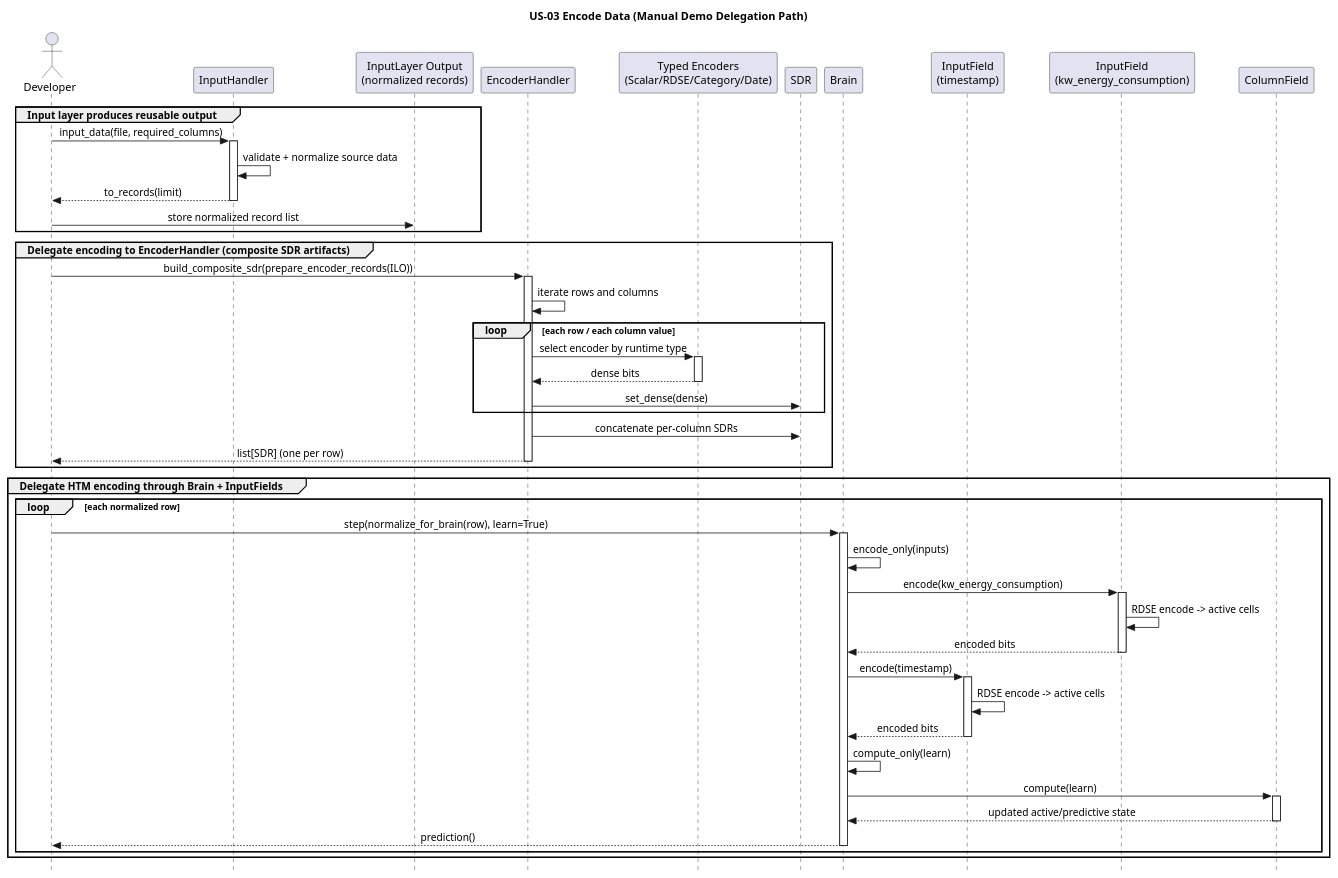
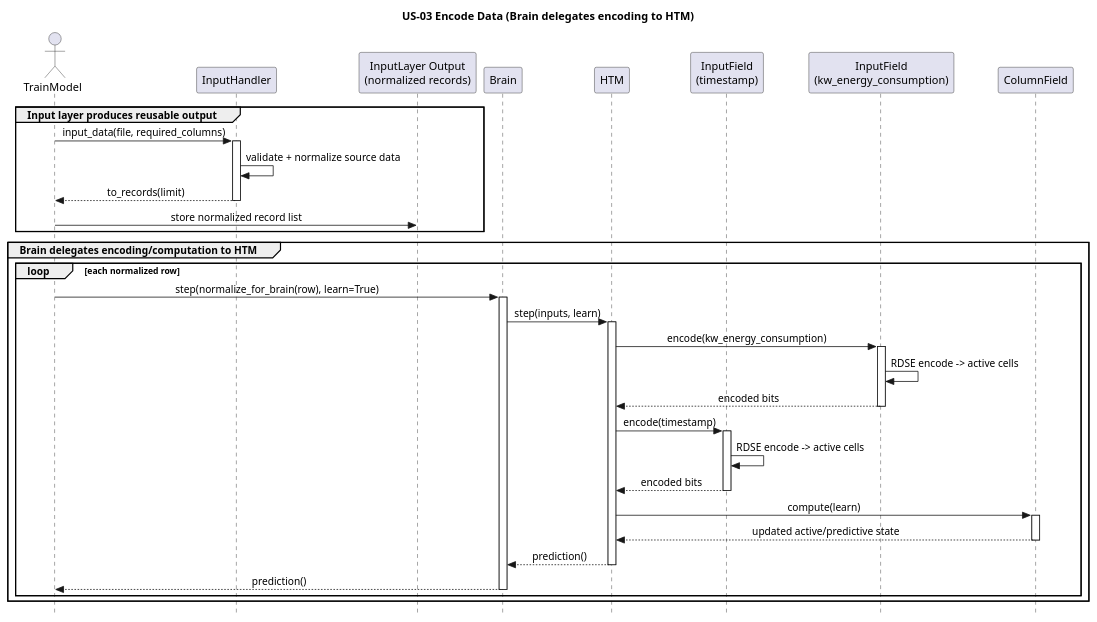
Before and after one commit to egrembocki/htmrl: the diagram in docs/puml/US/us-03.puml, drawn with PlantUML. The commit also changed 6 other files, not shown here.

```diff
--- a/docs/puml/US/us-03.puml
+++ b/docs/puml/US/us-03.puml
@@ -1,67 +1,55 @@
 @startuml
 skinparam style strictuml
 skinparam sequenceMessageAlign center
 skinparam responseMessageBelowArrow true
-title US-03 Encode Data (Manual Demo Delegation Path)
+title US-03 Encode Data (Brain delegates encoding to HTM)
 
-actor Developer
+actor TrainModel
 participant "InputHandler" as IH
 participant "InputLayer Output\n(normalized records)" as ILO
-participant "EncoderHandler" as EH
-participant "Typed Encoders\n(Scalar/RDSE/Category/Date)" as ENC
-participant "SDR" as SDR
 participant "Brain" as B
+participant "HTM" as H
 participant "InputField\n(timestamp)" as IFTS
 participant "InputField\n(kw_energy_consumption)" as IFKWH
 participant "ColumnField" as CF
 
 group Input layer produces reusable output
-  Developer -> IH: input_data(file, required_columns)
+  TrainModel -> IH: input_data(file, required_columns)
   activate IH
   IH -> IH: validate + normalize source data
-  IH --> Developer: to_records(limit)
+  IH --> TrainModel: to_records(limit)
   deactivate IH
-  Developer -> ILO: store normalized record list
+  TrainModel -> ILO: store normalized record list
 end
 
-group Delegate encoding to EncoderHandler (composite SDR artifacts)
-  Developer -> EH: build_composite_sdr(prepare_encoder_records(ILO))
-  activate EH
-  EH -> EH: iterate rows and columns
-  loop each row / each column value
-    EH -> ENC: select encoder by runtime type
-    activate ENC
-    ENC --> EH: dense bits
-    deactivate ENC
-    EH -> SDR: set_dense(dense)
-  end
-  EH -> SDR: concatenate per-column SDRs
-  EH --> Developer: list[SDR] (one per row)
-  deactivate EH
-end
+group Brain delegates encoding/computation to HTM
+  loop each normalized row
+    TrainModel -> B: step(normalize_for_brain(row), learn=True)
+    activate B
+    B -> H: step(inputs, learn)
+    activate H
 
-group Delegate HTM encoding through Brain + InputFields
-  loop each normalized row
-    Developer -> B: step(normalize_for_brain(row), learn=True)
-    activate B
-    B -> B: encode_only(inputs)
-    B -> IFKWH: encode(kw_energy_consumption)
+    H -> IFKWH: encode(kw_energy_consumption)
     activate IFKWH
     IFKWH -> IFKWH: RDSE encode -> active cells
-    IFKWH --> B: encoded bits
+    IFKWH --> H: encoded bits
     deactivate IFKWH
-    B -> IFTS: encode(timestamp)
+
+    H -> IFTS: encode(timestamp)
     activate IFTS
     IFTS -> IFTS: RDSE encode -> active cells
-    IFTS --> B: encoded bits
+    IFTS --> H: encoded bits
     deactivate IFTS
-    B -> B: compute_only(learn)
-    B -> CF: compute(learn)
+
+    H -> CF: compute(learn)
     activate CF
-    CF --> B: updated active/predictive state
+    CF --> H: updated active/predictive state
     deactivate CF
-    B --> Developer: prediction()
+
+    H --> B: prediction()
+    deactivate H
+    B --> TrainModel: prediction()
     deactivate B
   end
 end
 @enduml
```
